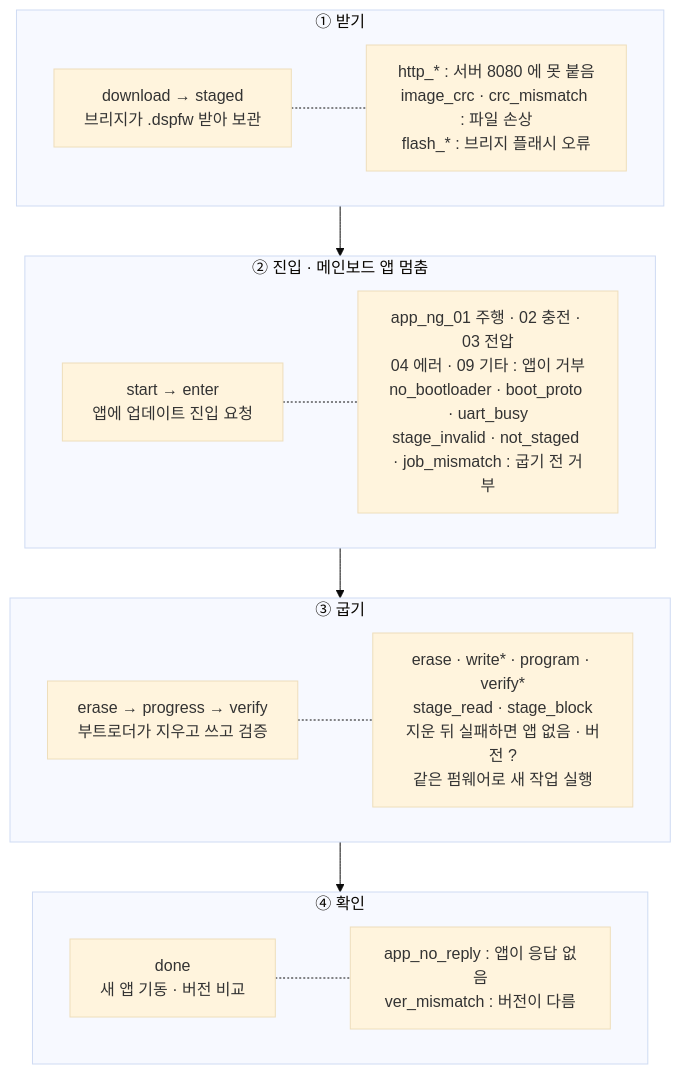
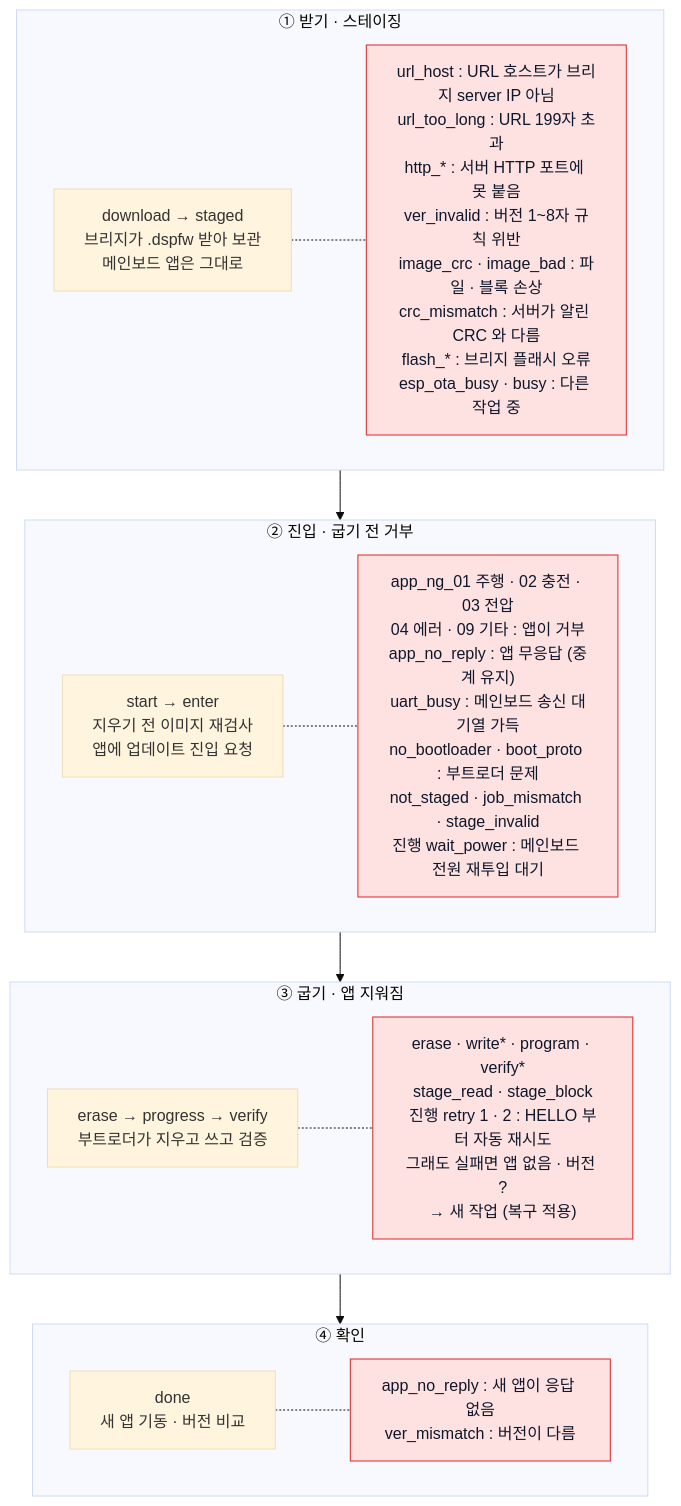
The diagram in docs/diagrams/mainboard-ota-errors.mmd (Leepy0/AGV_FOTA_GATEWAY), drawn with Mermaid (base theme) before and after one commit. The commit also changed 34 other files, not shown here.

```diff
--- a/docs/diagrams/mainboard-ota-errors.mmd
+++ b/docs/diagrams/mainboard-ota-errors.mmd
@@ -1,18 +1,20 @@
 flowchart TD
-  subgraph R1["① 받기"]
+  subgraph R1["① 받기 · 스테이징"]
     direction LR
-    D["download → staged<br/>브리지가 .dspfw 받아 보관"] -.- e1["http_* : 서버 8080 에 못 붙음<br/>image_crc · crc_mismatch : 파일 손상<br/>flash_* : 브리지 플래시 오류"]
+    D["download → staged<br/>브리지가 .dspfw 받아 보관<br/>메인보드 앱은 그대로"] -.- e1["url_host : URL 호스트가 브리지 server IP 아님<br/>url_too_long : URL 199자 초과<br/>http_* : 서버 HTTP 포트에 못 붙음<br/>ver_invalid : 버전 1~8자 규칙 위반<br/>image_crc · image_bad : 파일 · 블록 손상<br/>crc_mismatch : 서버가 알린 CRC 와 다름<br/>flash_* : 브리지 플래시 오류<br/>esp_ota_busy · busy : 다른 작업 중"]
   end
-  subgraph R2["② 진입 · 메인보드 앱 멈춤"]
+  subgraph R2["② 진입 · 굽기 전 거부"]
     direction LR
-    N["start → enter<br/>앱에 업데이트 진입 요청"] -.- e2["app_ng_01 주행 · 02 충전 · 03 전압<br/>04 에러 · 09 기타 : 앱이 거부<br/>no_bootloader · boot_proto · uart_busy<br/>stage_invalid · not_staged · job_mismatch : 굽기 전 거부"]
+    N["start → enter<br/>지우기 전 이미지 재검사<br/>앱에 업데이트 진입 요청"] -.- e2["app_ng_01 주행 · 02 충전 · 03 전압<br/>04 에러 · 09 기타 : 앱이 거부<br/>app_no_reply : 앱 무응답 (중계 유지)<br/>uart_busy : 메인보드 송신 대기열 가득<br/>no_bootloader · boot_proto : 부트로더 문제<br/>not_staged · job_mismatch · stage_invalid<br/>진행 wait_power : 메인보드 전원 재투입 대기"]
   end
-  subgraph R3["③ 굽기"]
+  subgraph R3["③ 굽기 · 앱 지워짐"]
     direction LR
-    W["erase → progress → verify<br/>부트로더가 지우고 쓰고 검증"] -.- e3["erase · write* · program · verify*<br/>stage_read · stage_block<br/>지운 뒤 실패하면 앱 없음 · 버전 ?<br/>같은 펌웨어로 새 작업 실행"]
+    W["erase → progress → verify<br/>부트로더가 지우고 쓰고 검증"] -.- e3["erase · write* · program · verify*<br/>stage_read · stage_block<br/>진행 retry 1 · 2 : HELLO 부터 자동 재시도<br/>그래도 실패면 앱 없음 · 버전 ?<br/>→ 새 작업 (복구 적용)"]
   end
   subgraph R4["④ 확인"]
     direction LR
-    K["done<br/>새 앱 기동 · 버전 비교"] -.- e4["app_no_reply : 앱이 응답 없음<br/>ver_mismatch : 버전이 다름"]
+    K["done<br/>새 앱 기동 · 버전 비교"] -.- e4["app_no_reply : 새 앱이 응답 없음<br/>ver_mismatch : 버전이 다름"]
   end
   R1 --> R2 --> R3 --> R4
+  classDef err fill:#fee2e2,stroke:#dc2626,color:#0f172a
+  class e1,e2,e3,e4 err
```
